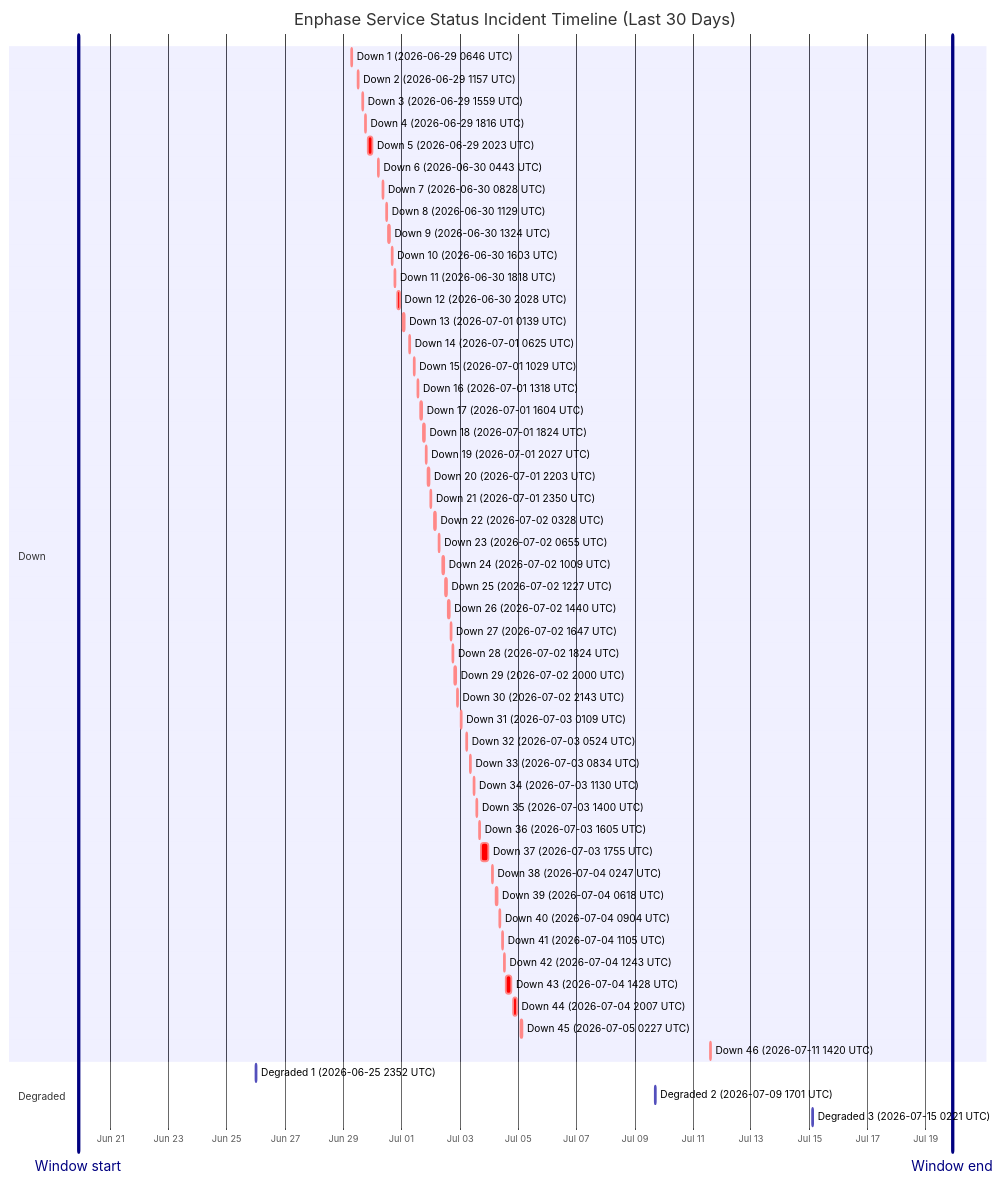
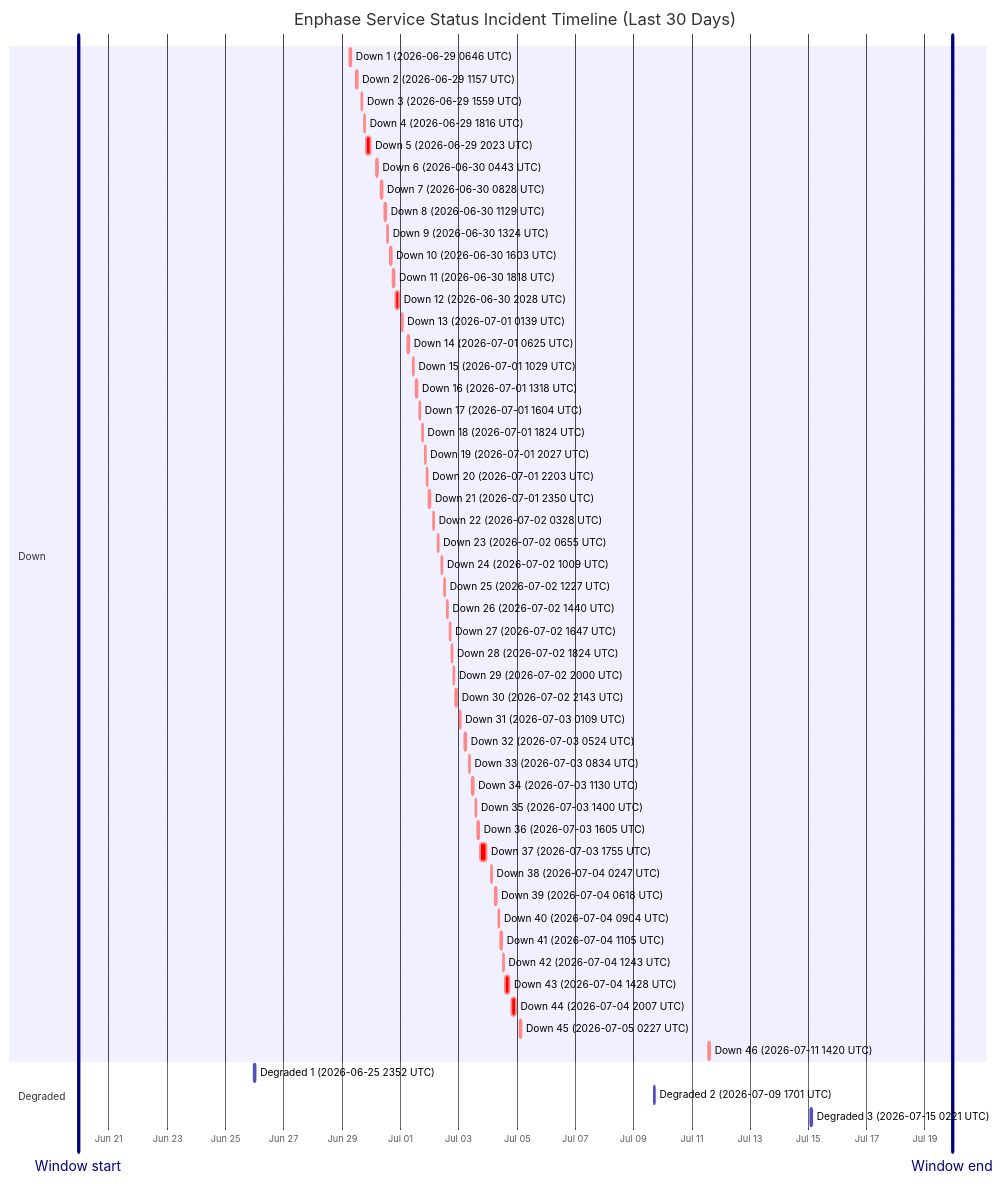
Before and after one commit to barneyonline/ha-enphase-energy: the diagram in wiki/Service-Status-History.md, drawn with Mermaid. The commit also changed other lines of this file and 3 other files, not shown here.

````diff
--- a/wiki/Service-Status-History.md
+++ b/wiki/Service-Status-History.md
@@ -14,59 +14,59 @@
 ```mermaid
 gantt
     title Enphase Service Status Incident Timeline (Last 30 Days)
     dateFormat  YYYY-MM-DDTHH:mm:ss
     axisFormat  %b %d
-    Window start :vert, window-start, 2026-06-19T21:50:57, 0ms
-    Window end :vert, window-end, 2026-07-19T21:50:57, 0ms
+    Window start :vert, window-start, 2026-06-19T22:50:19, 0ms
+    Window end :vert, window-end, 2026-07-19T22:50:19, 0ms
     section Down
     Down 1 (2026-06-29 0646 UTC) :crit, down-1, 2026-06-29T06:46:18, 60m
     Down 2 (2026-06-29 1157 UTC) :crit, down-2, 2026-06-29T11:57:36, 60m
     Down 3 (2026-06-29 1559 UTC) :crit, down-3, 2026-06-29T15:59:02, 60m
     Down 4 (2026-06-29 1816 UTC) :crit, down-4, 2026-06-29T18:16:38, 60m
     Down 5 (2026-06-29 2023 UTC) :crit, down-5, 2026-06-29T20:23:16, 220m
     Down 6 (2026-06-30 0443 UTC) :crit, down-6, 2026-06-30T04:43:54, 60m
     Down 7 (2026-06-30 0828 UTC) :crit, down-7, 2026-06-30T08:28:43, 60m
     Down 8 (2026-06-30 1129 UTC) :crit, down-8, 2026-06-30T11:29:15, 60m
     Down 9 (2026-06-30 1324 UTC) :crit, down-9, 2026-06-30T13:24:25, 60m
     Down 10 (2026-06-30 1603 UTC) :crit, down-10, 2026-06-30T16:03:26, 60m
     Down 11 (2026-06-30 1818 UTC) :crit, down-11, 2026-06-30T18:18:39, 60m
     Down 12 (2026-06-30 2028 UTC) :crit, down-12, 2026-06-30T20:28:54, 171m
     Down 13 (2026-07-01 0139 UTC) :crit, down-13, 2026-07-01T01:39:18, 60m
     Down 14 (2026-07-01 0625 UTC) :crit, down-14, 2026-07-01T06:25:35, 60m
     Down 15 (2026-07-01 1029 UTC) :crit, down-15, 2026-07-01T10:29:24, 60m
     Down 16 (2026-07-01 1318 UTC) :crit, down-16, 2026-07-01T13:18:31, 60m
     Down 17 (2026-07-01 1604 UTC) :crit, down-17, 2026-07-01T16:04:29, 60m
     Down 18 (2026-07-01 1824 UTC) :crit, down-18, 2026-07-01T18:24:21, 60m
     Down 19 (2026-07-01 2027 UTC) :crit, down-19, 2026-07-01T20:27:17, 60m
     Down 20 (2026-07-01 2203 UTC) :crit, down-20, 2026-07-01T22:03:46, 60m
     Down 21 (2026-07-01 2350 UTC) :crit, down-21, 2026-07-01T23:50:52, 60m
     Down 22 (2026-07-02 0328 UTC) :crit, down-22, 2026-07-02T03:28:33, 60m
     Down 23 (2026-07-02 0655 UTC) :crit, down-23, 2026-07-02T06:55:07, 60m
     Down 24 (2026-07-02 1009 UTC) :crit, down-24, 2026-07-02T10:09:15, 60m
     Down 25 (2026-07-02 1227 UTC) :crit, down-25, 2026-07-02T12:27:49, 60m
     Down 26 (2026-07-02 1440 UTC) :crit, down-26, 2026-07-02T14:40:53, 60m
     Down 27 (2026-07-02 1647 UTC) :crit, down-27, 2026-07-02T16:47:47, 60m
     Down 28 (2026-07-02 1824 UTC) :crit, down-28, 2026-07-02T18:24:26, 60m
     Down 29 (2026-07-02 2000 UTC) :crit, down-29, 2026-07-02T20:00:57, 60m
     Down 30 (2026-07-02 2143 UTC) :crit, down-30, 2026-07-02T21:43:52, 80m
     Down 31 (2026-07-03 0109 UTC) :crit, down-31, 2026-07-03T01:09:19, 60m
     Down 32 (2026-07-03 0524 UTC) :crit, down-32, 2026-07-03T05:24:23, 60m
     Down 33 (2026-07-03 0834 UTC) :crit, down-33, 2026-07-03T08:34:05, 60m
     Down 34 (2026-07-03 1130 UTC) :crit, down-34, 2026-07-03T11:30:41, 60m
     Down 35 (2026-07-03 1400 UTC) :crit, down-35, 2026-07-03T14:00:48, 60m
     Down 36 (2026-07-03 1605 UTC) :crit, down-36, 2026-07-03T16:05:49, 60m
     Down 37 (2026-07-03 1755 UTC) :crit, down-37, 2026-07-03T17:55:54, 338m
     Down 38 (2026-07-04 0247 UTC) :crit, down-38, 2026-07-04T02:47:22, 60m
     Down 39 (2026-07-04 0618 UTC) :crit, down-39, 2026-07-04T06:18:09, 60m
     Down 40 (2026-07-04 0904 UTC) :crit, down-40, 2026-07-04T09:04:41, 60m
     Down 41 (2026-07-04 1105 UTC) :crit, down-41, 2026-07-04T11:05:21, 60m
     Down 42 (2026-07-04 1243 UTC) :crit, down-42, 2026-07-04T12:43:25, 60m
     Down 43 (2026-07-04 1428 UTC) :crit, down-43, 2026-07-04T14:28:07, 243m
     Down 44 (2026-07-04 2007 UTC) :crit, down-44, 2026-07-04T20:07:50, 206m
     Down 45 (2026-07-05 0227 UTC) :crit, down-45, 2026-07-05T02:27:32, 109m
     Down 46 (2026-07-11 1420 UTC) :crit, down-46, 2026-07-11T14:20:54, 69m
     section Degraded
     Degraded 1 (2026-06-25 2352 UTC) :active, degraded-1, 2026-06-25T23:52:01, 60m
     Degraded 2 (2026-07-09 1701 UTC) :active, degraded-2, 2026-07-09T17:01:02, 60m
     Degraded 3 (2026-07-15 0221 UTC) :active, degraded-3, 2026-07-15T02:21:35, 60m
 ```
````
